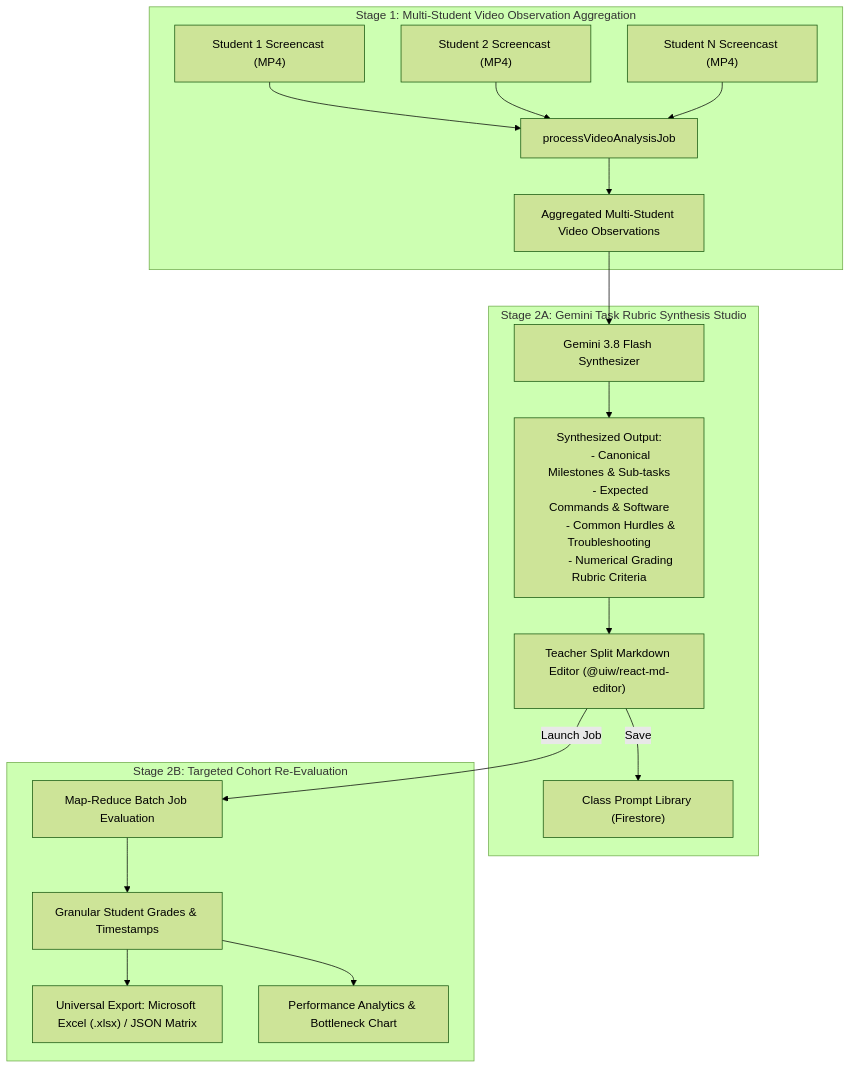
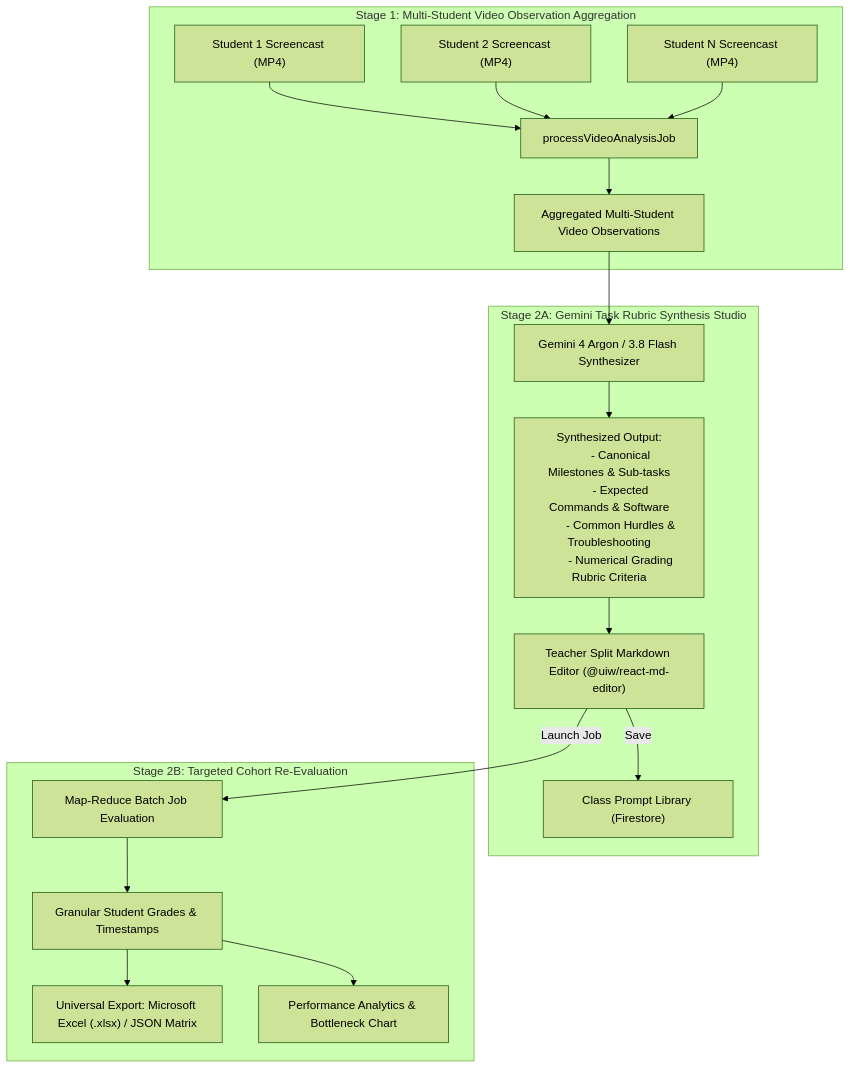
The fifth of 6 diagrams in docs/user-manual-teacher.md (wongcyrus/Google-AI-Classroom), drawn with Mermaid (forest theme) before and after one commit. The commit also changed other lines of this file and 51 other files, not shown here.

Commit message:
feat(ai): integrate Gemini 4 Argon (gemini-4-argon) and update docs, presentation decks, and slide images

````diff
--- a/docs/user-manual-teacher.md
+++ b/docs/user-manual-teacher.md
@@ -878,27 +879,27 @@
 ```mermaid
 flowchart TD
     subgraph Stage1 ["Stage 1: Multi-Student Video Observation Aggregation"]
         V1["Student 1 Screencast (MP4)"] --> MAP["processVideoAnalysisJob"]
         V2["Student 2 Screencast (MP4)"] --> MAP
         V3["Student N Screencast (MP4)"] --> MAP
         MAP --> OBS["Aggregated Multi-Student Video Observations"]
     end
 
     subgraph Synthesis ["Stage 2A: Gemini Task Rubric Synthesis Studio"]
-        OBS --> G38["Gemini 3.8 Flash Synthesizer"]
+        OBS --> G38["Gemini 4 Argon / 3.8 Flash Synthesizer"]
         G38 --> SYN["Synthesized Output:
         - Canonical Milestones & Sub-tasks
         - Expected Commands & Software
         - Common Hurdles & Troubleshooting
         - Numerical Grading Rubric Criteria"]
         SYN --> EDIT["Teacher Split Markdown Editor (@uiw/react-md-editor)"]
         EDIT -->|Save| LIB["Class Prompt Library (Firestore)"]
     end
 
     subgraph BatchEval ["Stage 2B: Targeted Cohort Re-Evaluation"]
         EDIT -->|Launch Job| BATCH["Map-Reduce Batch Job Evaluation"]
         BATCH --> SCORES["Granular Student Grades & Timestamps"]
         SCORES --> EXP["Universal Export: Microsoft Excel (.xlsx) / JSON Matrix"]
         SCORES --> PERF["Performance Analytics & Bottleneck Chart"]
     end
 ```
````
